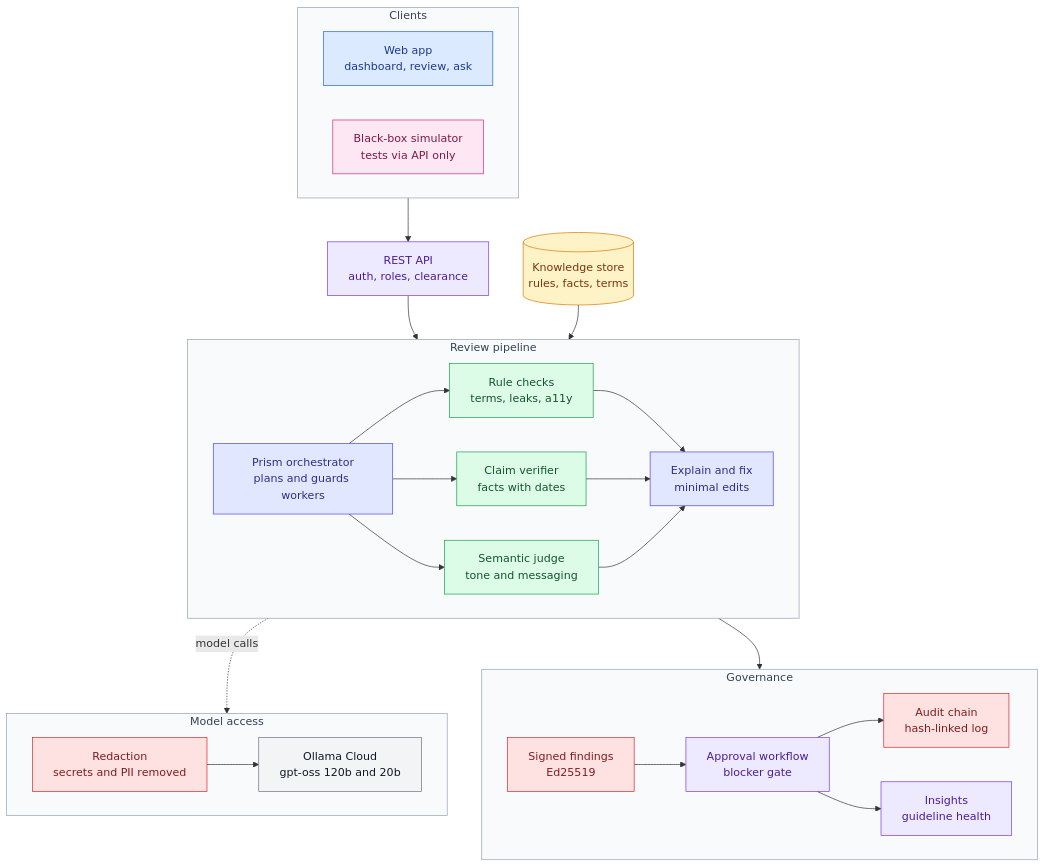
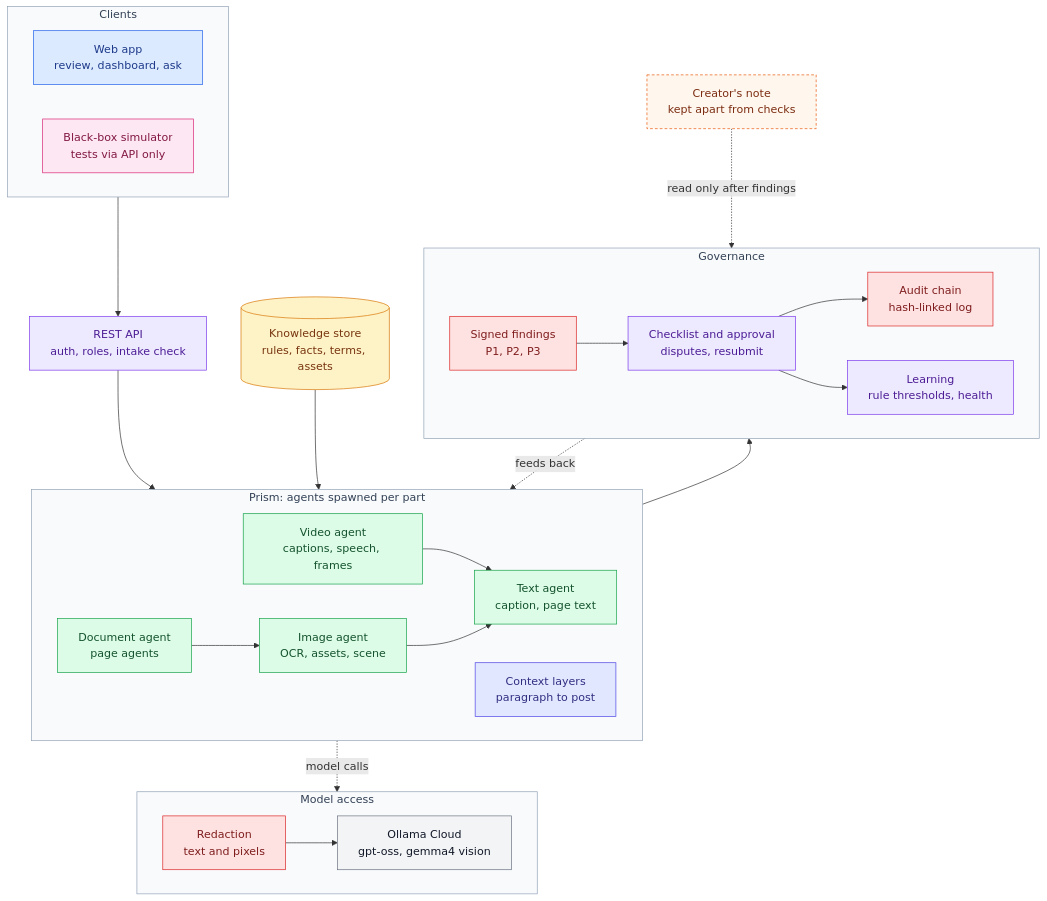
One commit to varadarajjborkar/verytas changed the diagram in README.md. Above: the diagram before and after it, drawn with Mermaid. The commit also changed other lines of this file and 2 other files, not shown here.

Commit message:
docs: multimodal Prism, intake profiling and public Inkloom research
Architecture sections on the agent tree, context layers, creator notes,
disputes and learning, intake profiling and fit with Inkloom; a README
diagram covering the media pipeline; research notes from public sources
only.

````diff
--- a/README.md
+++ b/README.md
@@ -17,57 +18,63 @@
 ```mermaid
 flowchart TB
     subgraph Clients
         direction LR
-        UI["Web app<br/>dashboard, review, ask"]:::client
+        UI["Web app<br/>review, dashboard, ask"]:::client
         BB["Black-box simulator<br/>tests via API only"]:::sim
     end
 
-    API["REST API<br/>auth, roles, clearance"]:::api
-    DB[("Knowledge store<br/>rules, facts, terms")]:::data
+    API["REST API<br/>auth, roles, intake check"]:::api
+    DB[("Knowledge store<br/>rules, facts, terms, assets")]:::data
+    NOTE["Creator's note<br/>kept apart from checks"]:::note
 
-    subgraph Pipeline["Review pipeline"]
+    subgraph Pipeline["Prism: agents spawned per part"]
         direction LR
-        PRISM["Prism orchestrator<br/>plans and guards workers"]:::core
-        DET["Rule checks<br/>terms, leaks, a11y"]:::check
-        CLM["Claim verifier<br/>facts with dates"]:::check
-        SEM["Semantic judge<br/>tone and messaging"]:::check
-        FIX["Explain and fix<br/>minimal edits"]:::core
-        PRISM --> DET & CLM & SEM --> FIX
+        TXT["Text agent<br/>caption, page text"]:::check
+        IMG["Image agent<br/>OCR, assets, scene"]:::check
+        DOC["Document agent<br/>page agents"]:::check
+        VID["Video agent<br/>captions, speech, frames"]:::check
+        ONION["Context layers<br/>paragraph to post"]:::core
+        DOC --> IMG
+        VID --> TXT
+        IMG --> TXT
     end
 
     subgraph Models["Model access"]
         direction LR
-        RED["Redaction<br/>secrets and PII removed"]:::sec
-        LLM["Ollama Cloud<br/>gpt-oss 120b and 20b"]:::ext
+        RED["Redaction<br/>text and pixels"]:::sec
+        LLM["Ollama Cloud<br/>gpt-oss, gemma4 vision"]:::ext
         RED --> LLM
     end
 
     subgraph Governance
         direction LR
-        SIG["Signed findings<br/>Ed25519"]:::sec
-        FLOW["Approval workflow<br/>blocker gate"]:::api
+        SIG["Signed findings<br/>P1, P2, P3"]:::sec
+        FLOW["Checklist and approval<br/>disputes, resubmit"]:::api
         AUD["Audit chain<br/>hash-linked log"]:::sec
-        INS["Insights<br/>guideline health"]:::api
+        LEARN["Learning<br/>rule thresholds, health"]:::api
         SIG --> FLOW --> AUD
-        FLOW --> INS
+        FLOW --> LEARN
     end
 
     Clients --> API --> Pipeline
     DB --> Pipeline
     Pipeline -. "model calls" .-> Models
     Pipeline --> Governance
+    NOTE -. "read only after findings" .-> Governance
+    LEARN -. "feeds back" .-> Pipeline
 
     style Clients fill:#f8fafc,stroke:#94a3b8,color:#334155
     style Pipeline fill:#f8fafc,stroke:#94a3b8,color:#334155
     style Models fill:#f8fafc,stroke:#94a3b8,color:#334155
     style Governance fill:#f8fafc,stroke:#94a3b8,color:#334155
 
     classDef client fill:#dbeafe,stroke:#2563eb,color:#1e3a8a
     classDef sim fill:#fce7f3,stroke:#db2777,color:#831843
     classDef api fill:#ede9fe,stroke:#7c3aed,color:#4c1d95
     classDef core fill:#e0e7ff,stroke:#4f46e5,color:#312e81
     classDef check fill:#dcfce7,stroke:#16a34a,color:#14532d
     classDef sec fill:#fee2e2,stroke:#dc2626,color:#7f1d1d
     classDef data fill:#fef3c7,stroke:#d97706,color:#78350f
     classDef ext fill:#f3f4f6,stroke:#6b7280,color:#111827
+    classDef note fill:#fff7ed,stroke:#ea580c,color:#7c2d12,stroke-dasharray: 4 3
 ```
````
